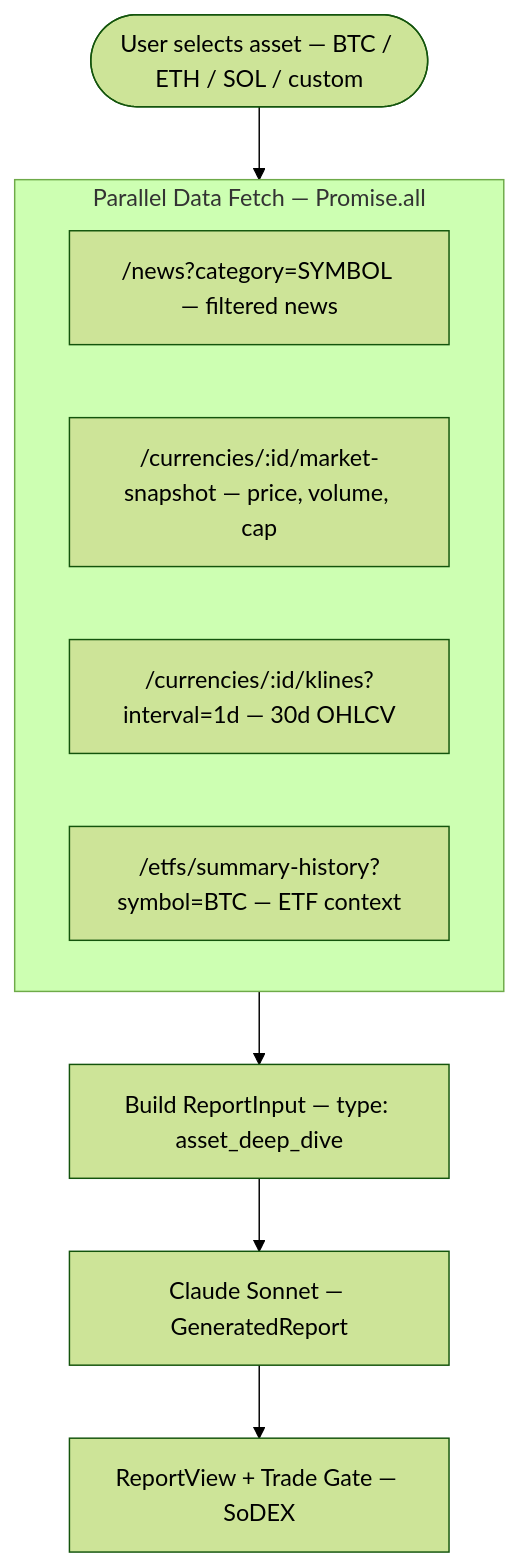
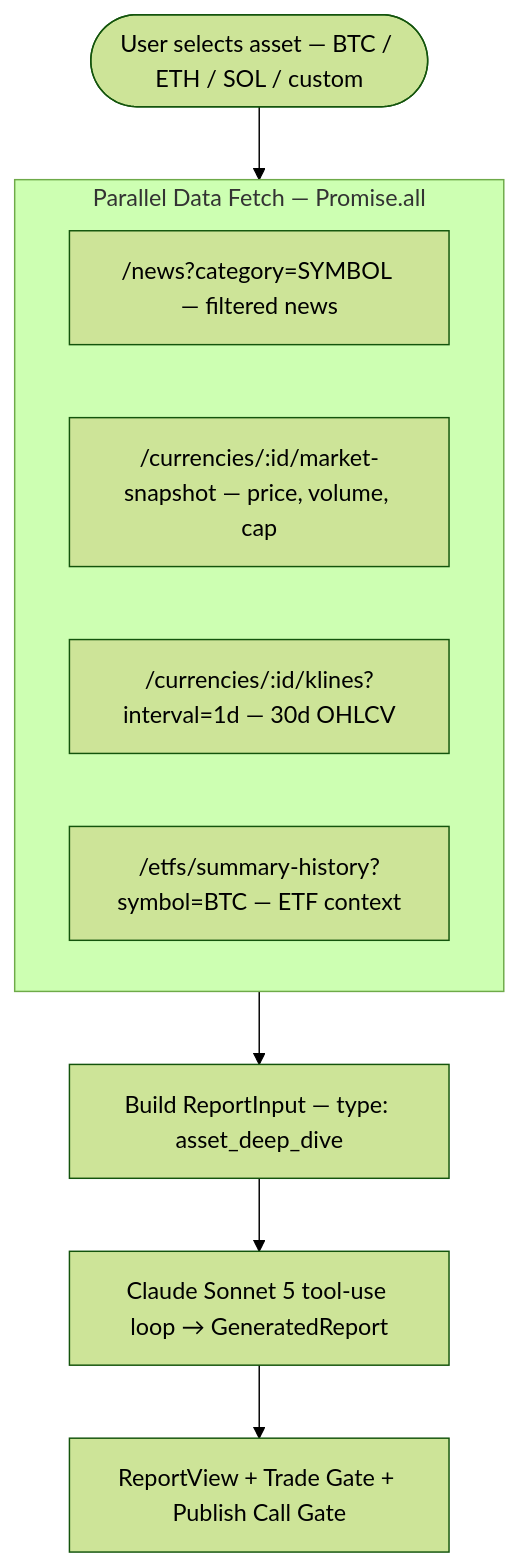
The fourth of 6 diagrams in README.md (fourWayz/soso-analyst), drawn with Mermaid (forest theme) before and after one commit. The commit also changed other lines of this file, not shown here.

````diff
--- a/README.md
+++ b/README.md
@@ -109,15 +179,15 @@
 ```mermaid
 flowchart TD
     A([User selects asset — BTC / ETH / SOL / custom]) --> B
 
     subgraph B["Parallel Data Fetch — Promise.all"]
         B1["/news?category=SYMBOL — filtered news"]
         B2["/currencies/:id/market-snapshot — price, volume, cap"]
         B3["/currencies/:id/klines?interval=1d — 30d OHLCV"]
         B4["/etfs/summary-history?symbol=BTC — ETF context"]
     end
 
     B --> C["Build ReportInput — type: asset_deep_dive"]
-    C --> D["Claude Sonnet — GeneratedReport"]
-    D --> E["ReportView + Trade Gate — SoDEX"]
+    C --> D["Claude Sonnet 5 tool-use loop → GeneratedReport"]
+    D --> E["ReportView + Trade Gate + Publish Call Gate"]
 ```
````
